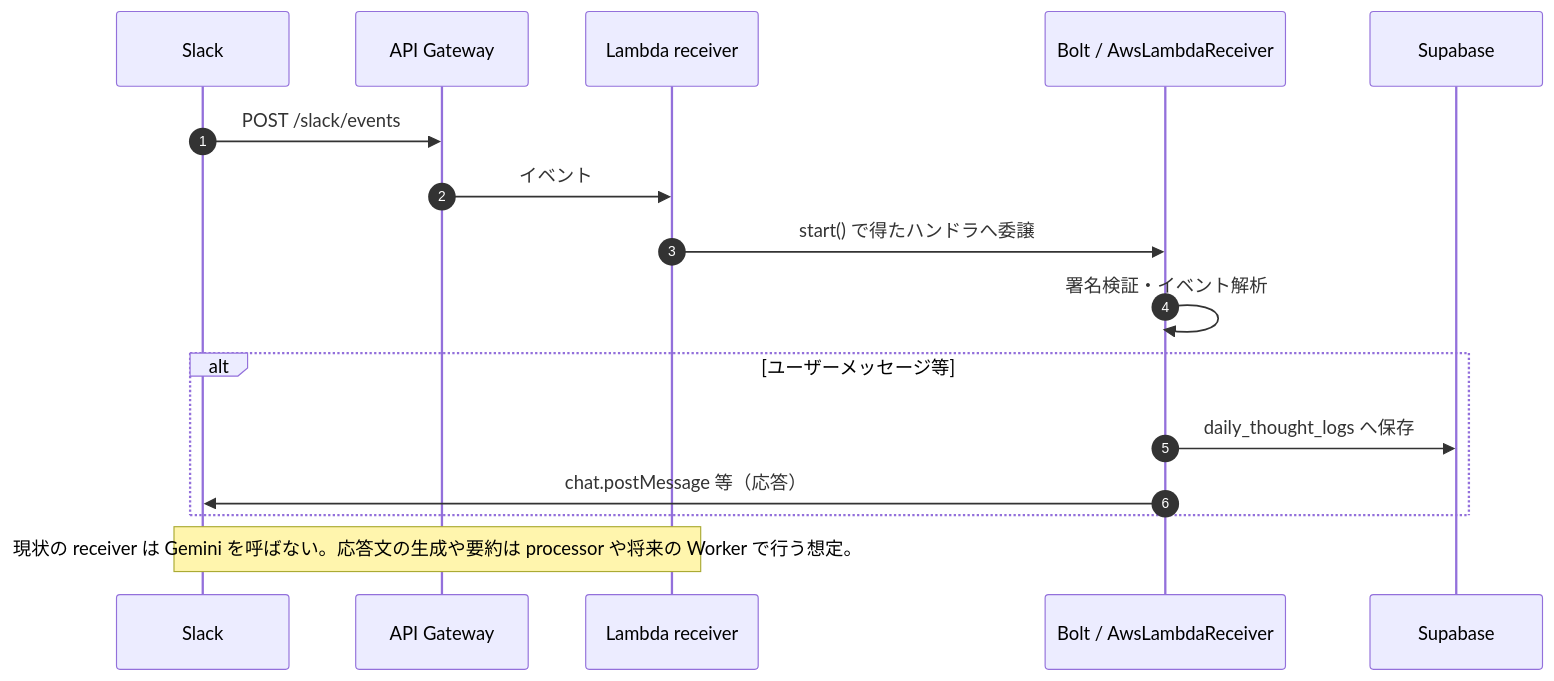
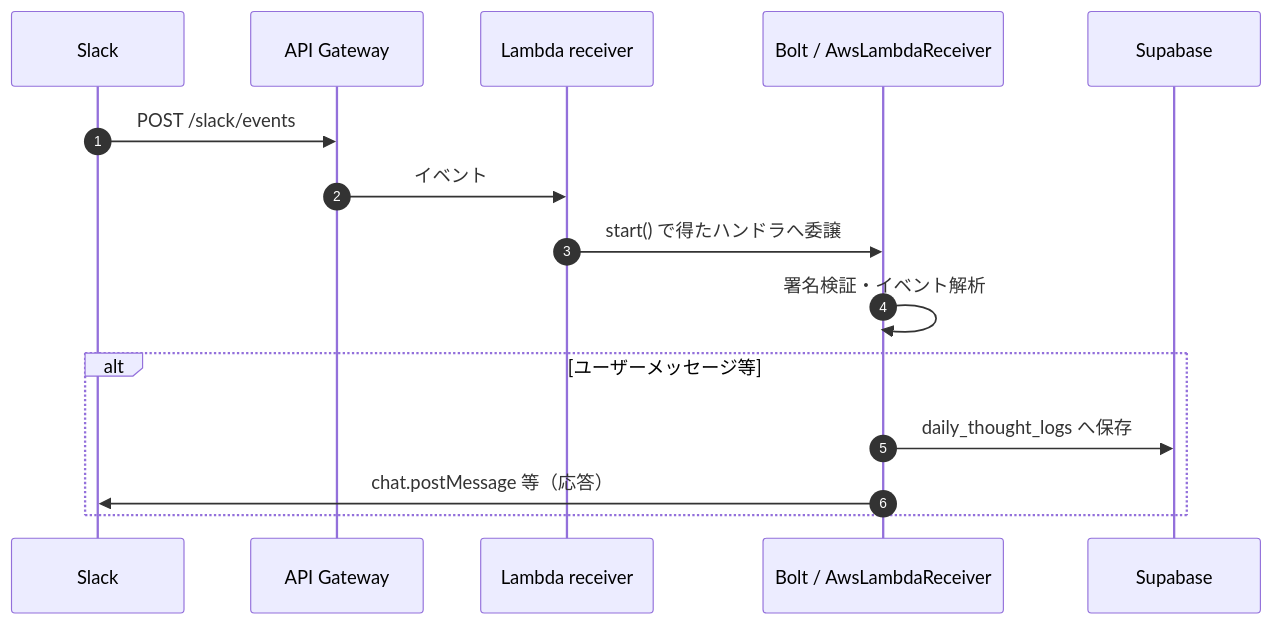
One commit to YoshimuraKoei/koei-clone changed the third of 6 diagrams in ARCHITECTURE.md. Above: the diagram before and after it, drawn with Mermaid. The commit also changed other lines of this file and 7 other files, not shown here.

````diff
--- a/ARCHITECTURE.md
+++ b/ARCHITECTURE.md
@@ -70,19 +68,18 @@
 ```mermaid
 sequenceDiagram
   autonumber
   participant Slack
   participant APIGW as API Gateway
   participant Lambda as Lambda receiver
   participant Bolt as Bolt / AwsLambdaReceiver
   participant SB as Supabase
 
   Slack->>APIGW: POST /slack/events
   APIGW->>Lambda: イベント
   Lambda->>Bolt: start() で得たハンドラへ委譲
   Bolt->>Bolt: 署名検証・イベント解析
   alt ユーザーメッセージ等
     Bolt->>SB: daily_thought_logs へ保存
     Bolt->>Slack: chat.postMessage 等（応答）
   end
-  Note over Lambda,Slack: 現状の receiver は Gemini を呼ばない。応答文の生成や要約は processor や将来の Worker で行う想定。
 ```
````
